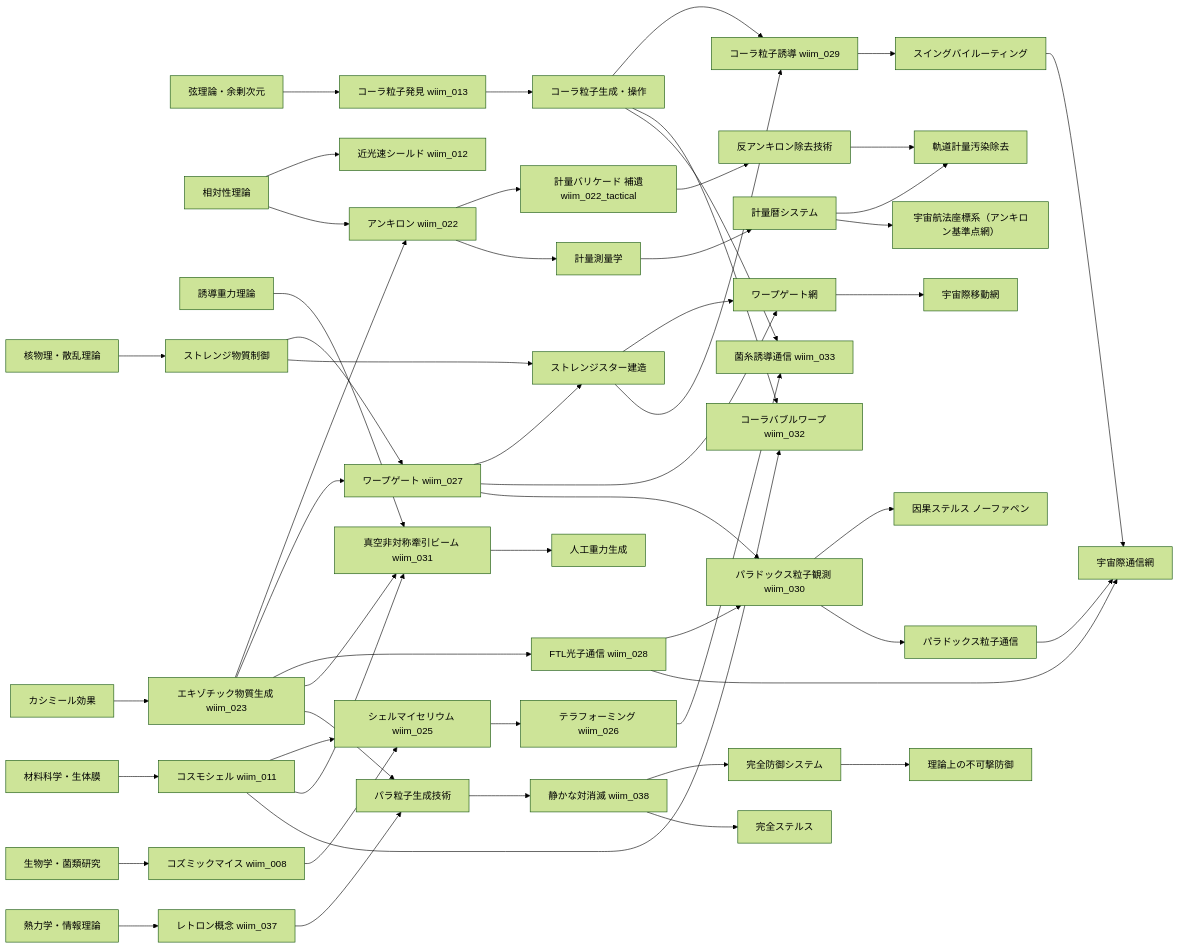
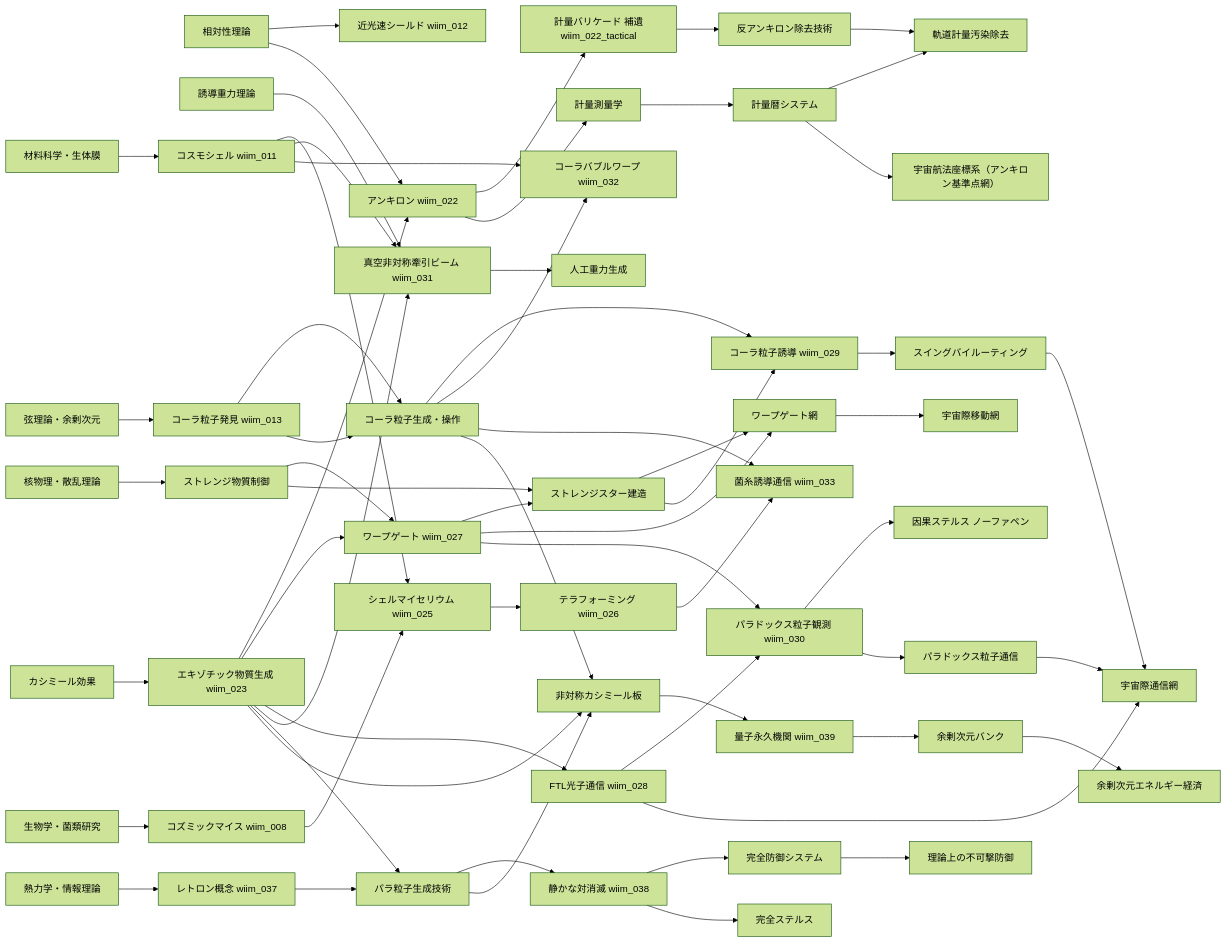
One commit to theronium/WhatIfImpossible changed the first of 5 diagrams in docs/notes/tech_tree.md. Above: the diagram before and after it, drawn with Mermaid (forest theme). The commit also changed other lines of this file, not shown here.

Commit message:
Update tech_tree: add wiim_039 (量子永久機関) and 余剰次元バンク
- メインフローチャート: 非対称カシミール板 → 量子永久機関 → 余剰次元バンク → 余剰次元エネルギー経済
- エントロピー・パラ粒子系ブランチ: パラ粒子板 → 量子永久機関の系統を追加
- 実現限界テーブルに量子永久機関・余剰次元バンクの障壁を追記

````diff
--- a/docs/notes/tech_tree.md
+++ b/docs/notes/tech_tree.md
@@ -16,69 +16,77 @@
 ```mermaid
 flowchart LR
     C0A[カシミール効果]
     C0B[弦理論・余剰次元]
     C0C[核物理・散乱理論]
     C0D[生物学・菌類研究]
     C0E[相対性理論]
     C0F[材料科学・生体膜]
     C0G[誘導重力理論]
     C0H[熱力学・情報理論]
 
     C0A --> T1A[エキゾチック物質生成 wiim_023]
     C0B --> T1B[コーラ粒子発見 wiim_013]
     C0F --> T1C[コスモシェル wiim_011]
     C0C --> T1D[ストレンジ物質制御]
     C0D --> T1E[コズミックマイス wiim_008]
     C0E --> T2F[近光速シールド wiim_012]
     C0E --> T1F[アンキロン wiim_022]
     T1A --> T1F
     C0G --> T2G[真空非対称牽引ビーム wiim_031]
 
     T1A --> T2A[ワープゲート wiim_027]
     T1A --> T2B[FTL光子通信 wiim_028]
     T1A --> T2G
     T1B --> T2C[コーラ粒子生成・操作]
     T1C --> T2E[シェルマイセリウム wiim_025]
     T1C --> T2G
     T1D --> T2A
     T1D --> T2D[ストレンジスター建造]
     T1E --> T2E
 
     T2A --> T2D
     T2A --> T3A[ワープゲート網]
     T2A --> T2H[パラドックス粒子観測 wiim_030]
     T2B --> T2H
     T2C --> T3B[コーラ粒子誘導 wiim_029]
     T2C --> T3I[コーラバブルワープ wiim_032]
     T1C --> T3I
     T2D --> T3A
     T2D --> T3B
     T2E --> T3C[テラフォーミング wiim_026]
     T2C --> T3H[菌糸誘導通信 wiim_033]
     T3C --> T3H
     T2G --> T3E[人工重力生成]
     T2H --> T3F[因果ステルス ノーファペン]
     T2H --> T3G[パラドックス粒子通信]
 
     T3B --> T3D[スイングバイルーティング]
     T3D --> T4B[宇宙際通信網]
     T3A --> T4A[宇宙際移動網]
     T2B --> T4B
     T3G --> T4B
 
     C0H --> T1G[レトロン概念 wiim_037]
     T1A --> T1H[パラ粒子生成技術]
     T1G --> T1H
     T1H --> T2N[静かな対消滅 wiim_038]
     T2N --> T3M[完全防御システム]
     T2N --> T3N[完全ステルス]
     T3M --> T4D[理論上の不可撃防御]
 
+    T1A --> T1I[非対称カシミール板]
+    T1B --> T2C
+    T2C --> T1I
+    T1I --> T2O[量子永久機関 wiim_039]
+    T1H --> T1I
+    T2O --> T3P[余剰次元バンク]
+    T3P --> T4E[余剰次元エネルギー経済]
+
     T1F --> T2K[計量バリケード 補遺wiim_022_tactical]
     T1F --> T2L[計量測量学]
     T2K --> T2M[反アンキロン除去技術]
     T2L --> T3K[計量暦システム]
     T2M --> T3L[軌道計量汚染除去]
     T3K --> T3L
     T3K --> T4C[宇宙航法座標系（アンキロン基準点網）]
 ```
````
